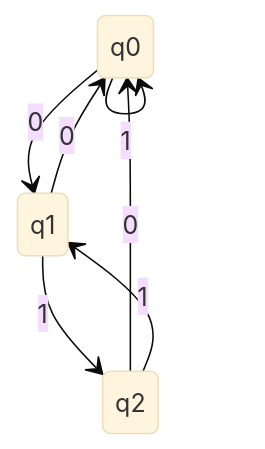
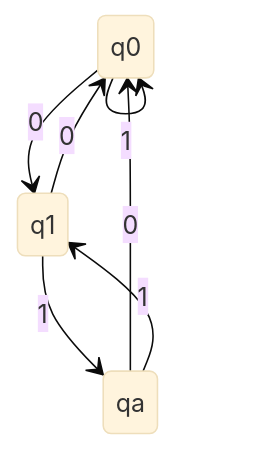
The second of 2 diagrams in 1) CWRU/In Progress/CSDS343 - Theoretical Computer Science/HW/HW5CSDS343.qmd (AidanBugs/Obsidian), drawn with Mermaid (base theme) before and after one commit. The commit also changed other lines of this file and 18 other files, not shown here.

````diff
--- a/1) CWRU/In Progress/CSDS343 - Theoretical Computer Science/HW/HW5CSDS343.qmd
+++ b/1) CWRU/In Progress/CSDS343 - Theoretical Computer Science/HW/HW5CSDS343.qmd
@@ -13,9 +31,9 @@
 ```{mermaid}
 stateDiagram
     q0-->q1:0
     q0-->q0:1
     q1-->q0:0
-    q1-->q2:1
-    q2-->q0:0
-    q2-->q1:1
+    q1-->qa:1
+    qa-->q0:0
+    qa-->q1:1
 ```
````
